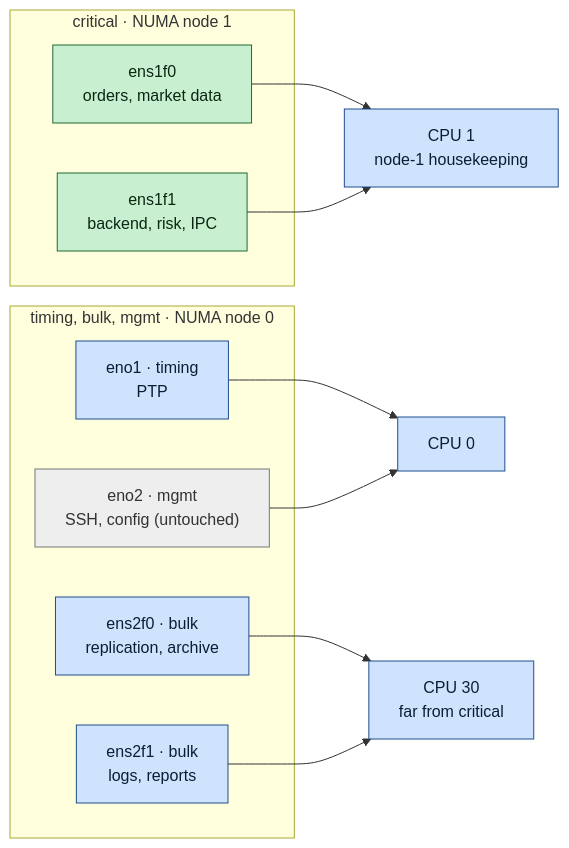
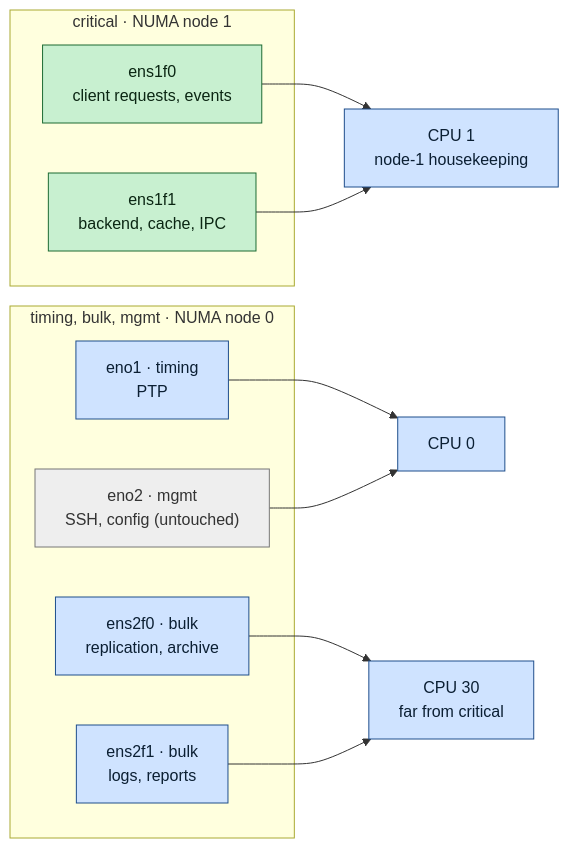
The third of 5 diagrams in guides/04-network-optimization.md (vitor-tadashi/mechanical-sympathy), drawn with Mermaid before and after one commit. The commit also changed other lines of this file and 16 other files, not shown here.

````diff
--- a/guides/04-network-optimization.md
+++ b/guides/04-network-optimization.md
@@ -72,25 +72,25 @@
 ```mermaid
 flowchart LR
   subgraph crit["critical · NUMA node 1"]
-    e1["ens1f0<br/>orders, market data"]
-    e2["ens1f1<br/>backend, risk, IPC"]
+    e1["ens1f0<br/>client requests, events"]
+    e2["ens1f1<br/>backend, cache, IPC"]
   end
   subgraph other["timing, bulk, mgmt · NUMA node 0"]
     t["eno1 · timing<br/>PTP"]
     b1["ens2f0 · bulk<br/>replication, archive"]
     b2["ens2f1 · bulk<br/>logs, reports"]
     m["eno2 · mgmt<br/>SSH, config (untouched)"]
   end
   e1 --> c1["CPU 1<br/>node-1 housekeeping"]
   e2 --> c1
   t --> c0["CPU 0"]
   m --> c0
   b1 --> c30["CPU 30<br/>far from critical"]
   b2 --> c30
   classDef iso fill:#c8f0d0,stroke:#1d6b33,color:#0b2613
   classDef hk fill:#cfe3ff,stroke:#1f4e8c,color:#0b1f33
   classDef muted fill:#eeeeee,stroke:#777777,color:#333333
   class e1,e2 iso
   class c1,c0,c30,t,b1,b2 hk
   class m muted
 ```
````
